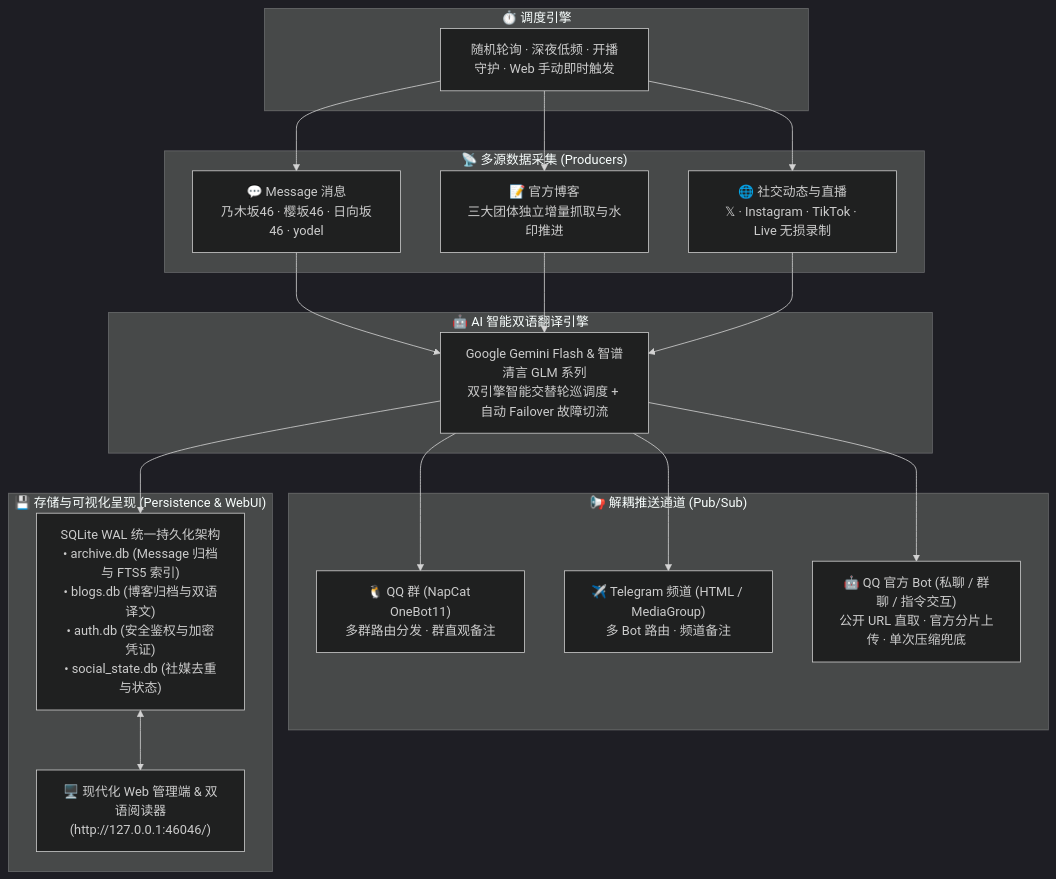
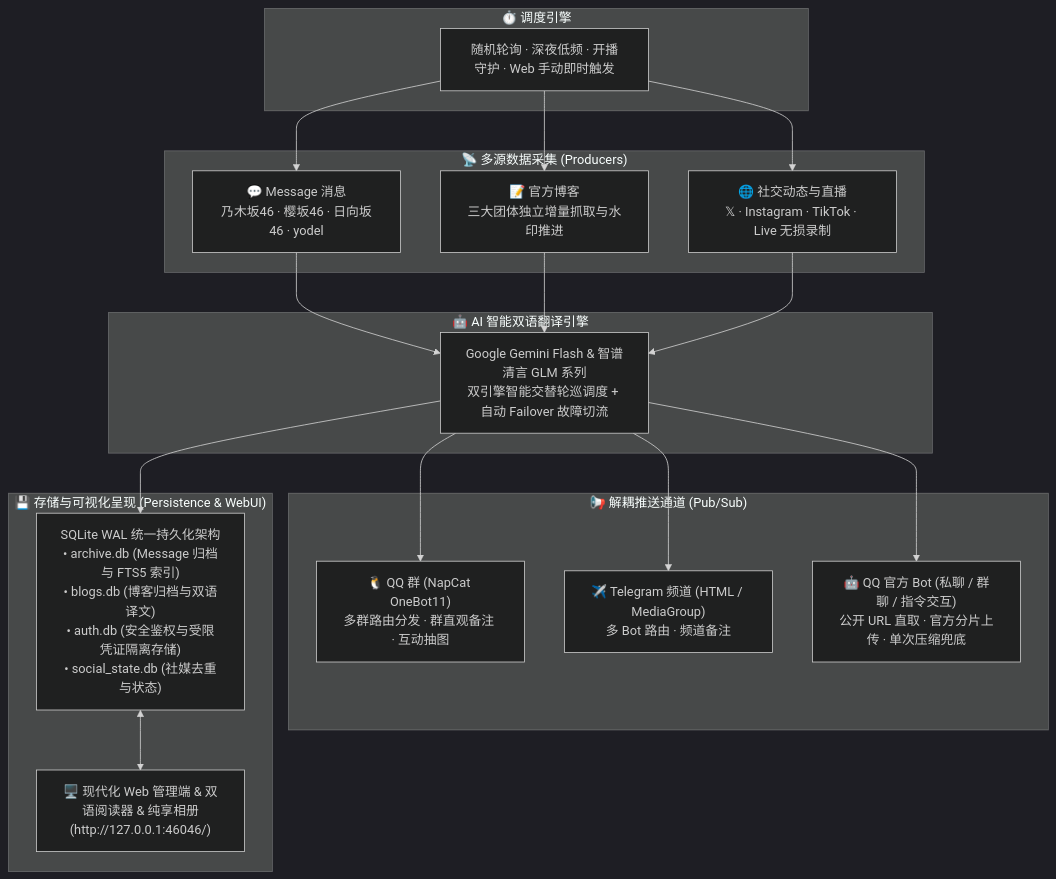
Before and after one commit to TomisatoNao/nogizaka-message-push: the first of 3 diagrams in README.md, drawn with Mermaid (dark theme). The commit also changed other lines of this file, not shown here.

Commit message:
docs: 校准更新README并补齐相册画廊、群内抽图、NAS与NapCat网络拓扑及避坑指南

````diff
--- a/README.md
+++ b/README.md
@@ -31,33 +33,33 @@
 ```mermaid
 flowchart TD
     subgraph S1["⏱️ 调度引擎"]
         Trigger["随机轮询 · 深夜低频 · 开播守护 · Web 手动即时触发"]
     end
 
     subgraph S2["📡 多源数据采集 (Producers)"]
         P1["💬 Message 消息<br/>乃木坂46 · 樱坂46 · 日向坂46 · yodel"]
         P2["📝 官方博客<br/>三大团体独立增量抓取与水印推进"]
         P3["🌐 社交动态与直播<br/>𝕏 · Instagram · TikTok · Live 无损录制"]
     end
 
     subgraph S3["🤖 AI 智能双语翻译引擎"]
         AI["Google Gemini Flash & 智谱清言 GLM 系列<br/>双引擎智能交替轮巡调度 + 自动 Failover 故障切流"]
     end
 
     subgraph S4["📢 解耦推送通道 (Pub/Sub)"]
-        Push1["🐧 QQ 群 (NapCat OneBot11)<br/>多群路由分发 · 群直观备注"]
+        Push1["🐧 QQ 群 (NapCat OneBot11)<br/>多群路由分发 · 群直观备注 · 互动抽图"]
         Push2["✈️ Telegram 频道 (HTML / MediaGroup)<br/>多 Bot 路由 · 频道备注"]
         Push3["🤖 QQ 官方 Bot (私聊 / 群聊 / 指令交互)<br/>公开 URL 直取 · 官方分片上传 · 单次压缩兜底"]
     end
 
     subgraph S5["💾 存储与可视化呈现 (Persistence & WebUI)"]
-        DB["SQLite WAL 统一持久化架构<br/>• archive.db (Message 归档与 FTS5 索引)<br/>• blogs.db (博客归档与双语译文)<br/>• auth.db (安全鉴权与加密凭证)<br/>• social_state.db (社媒去重与状态)"]
-        WebUI["🖥️ 现代化 Web 管理端 & 双语阅读器<br/>(http://127.0.0.1:46046/)"]
+        DB["SQLite WAL 统一持久化架构<br/>• archive.db (Message 归档与 FTS5 索引)<br/>• blogs.db (博客归档与双语译文)<br/>• auth.db (安全鉴权与受限凭证隔离存储)<br/>• social_state.db (社媒去重与状态)"]
+        WebUI["🖥️ 现代化 Web 管理端 & 双语阅读器 & 纯享相册<br/>(http://127.0.0.1:46046/)"]
     end
 
     Trigger --> P1 & P2 & P3
     P1 & P2 & P3 --> AI
     AI --> Push1 & Push2 & Push3
     AI --> DB
     DB <--> WebUI
 ```
````
